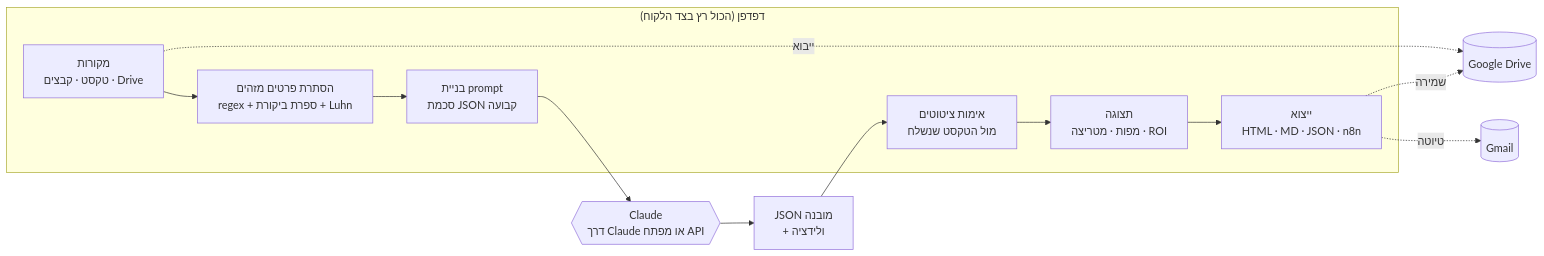
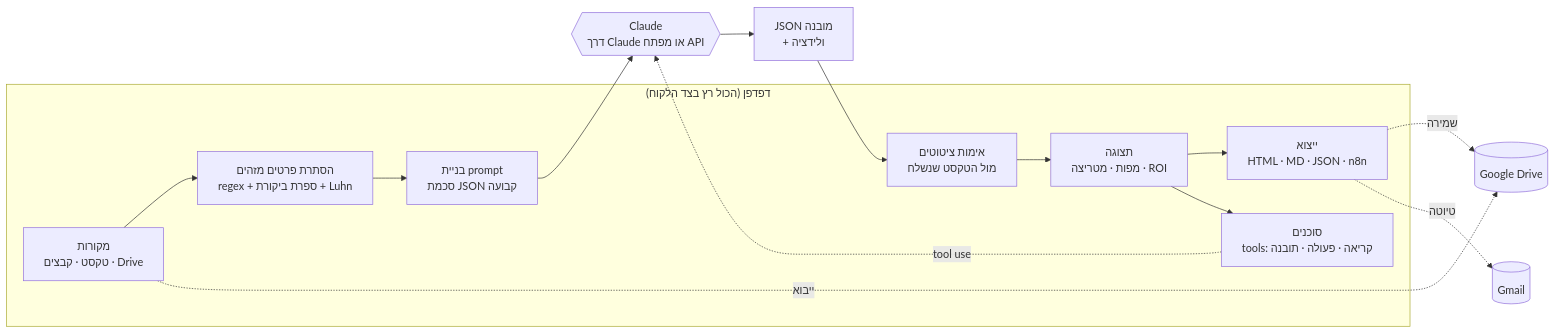
Before and after one commit to E37dey/callcenter-xray: the diagram in README.md, drawn with Mermaid. The commit also changed other lines of this file and 4 other files, not shown here.

````diff
--- a/README.md
+++ b/README.md
@@ -59,14 +67,16 @@
 ```mermaid
 flowchart LR
   subgraph Browser["דפדפן (הכול רץ בצד הלקוח)"]
     S[מקורות<br/>טקסט · קבצים · Drive] --> R[הסתרת פרטים מזהים<br/>regex + ספרת ביקורת + Luhn]
     R --> P[בניית prompt<br/>סכמת JSON קבועה]
     V[אימות ציטוטים<br/>מול הטקסט שנשלח] --> UI[תצוגה<br/>מפות · מטריצה · ROI]
     UI --> X[ייצוא<br/>HTML · MD · JSON · n8n]
+    UI --> AG[סוכנים<br/>tools: קריאה · פעולה · תובנה]
   end
+  AG -. tool use .-> L
   P --> L{{Claude<br/>דרך Claude או מפתח API}}
   L --> J[JSON מובנה<br/>+ ולידציה] --> V
   S -. ייבוא .-> GD[(Google Drive)]
   X -. שמירה .-> GD
   X -. טיוטה .-> GM[(Gmail)]
 ```
````
